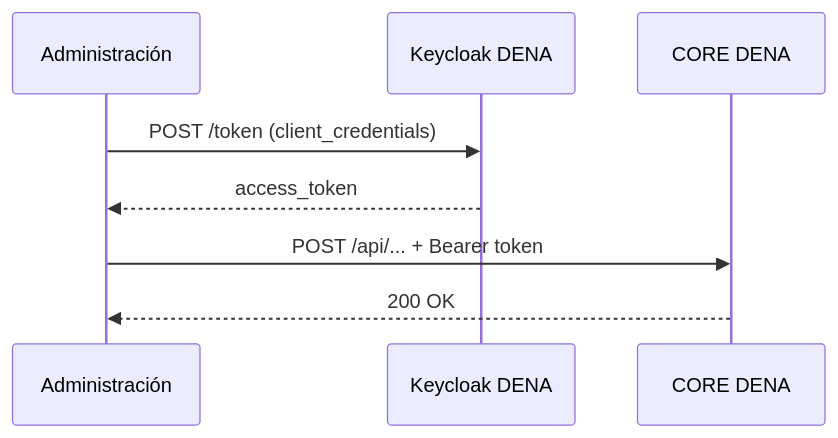
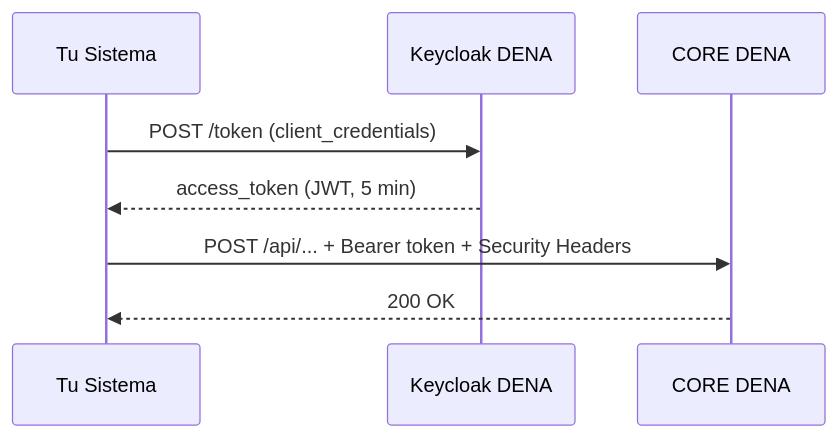
One commit to DENA-Euskadi/dena-euskadi.github.io changed the diagram in docs/autenticacion/administracion-core-dena/index.md. Above: the diagram before and after it, drawn with Mermaid. The commit also changed other lines of this file and 193 other files, not shown here.

````diff
--- a/docs/autenticacion/administracion-core-dena/index.md
+++ b/docs/autenticacion/administracion-core-dena/index.md
@@ -11,11 +11,11 @@
 ``` mermaid
 sequenceDiagram
-    participant Admin as Administración
+    participant Admin as Tu Sistema
     participant IDP as Keycloak DENA
     participant DENA as CORE DENA
 
     Admin->>IDP: POST /token (client_credentials)
-    IDP-->>Admin: access_token
-    Admin->>DENA: POST /api/... + Bearer token
+    IDP-->>Admin: access_token (JWT, 5 min)
+    Admin->>DENA: POST /api/... + Bearer token + Security Headers
     DENA-->>Admin: 200 OK
 ```
````
